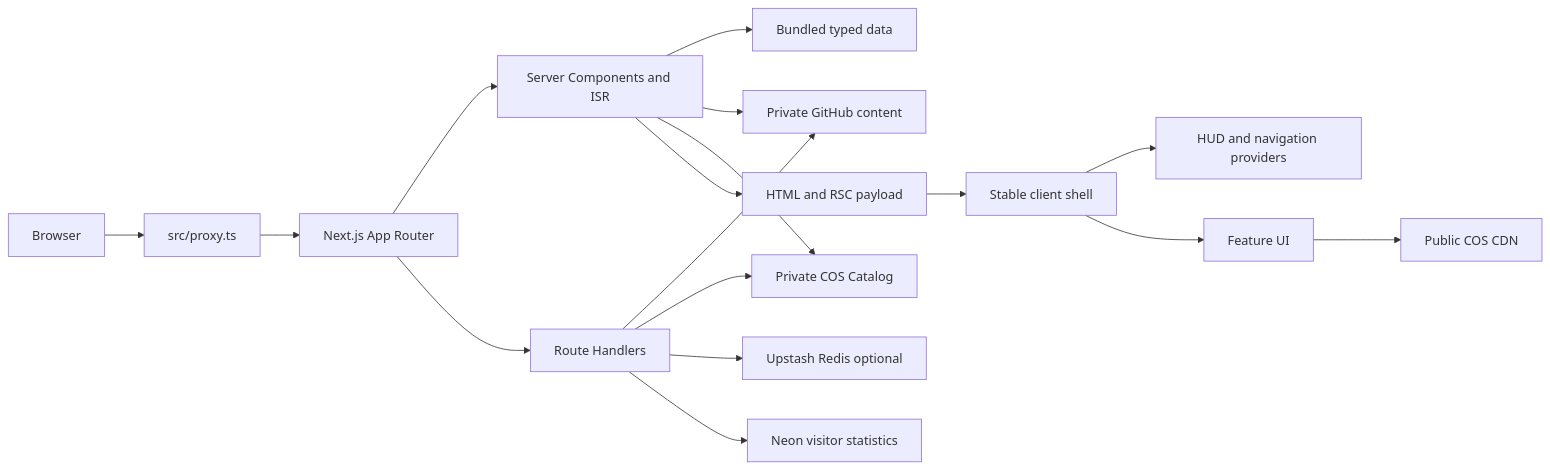
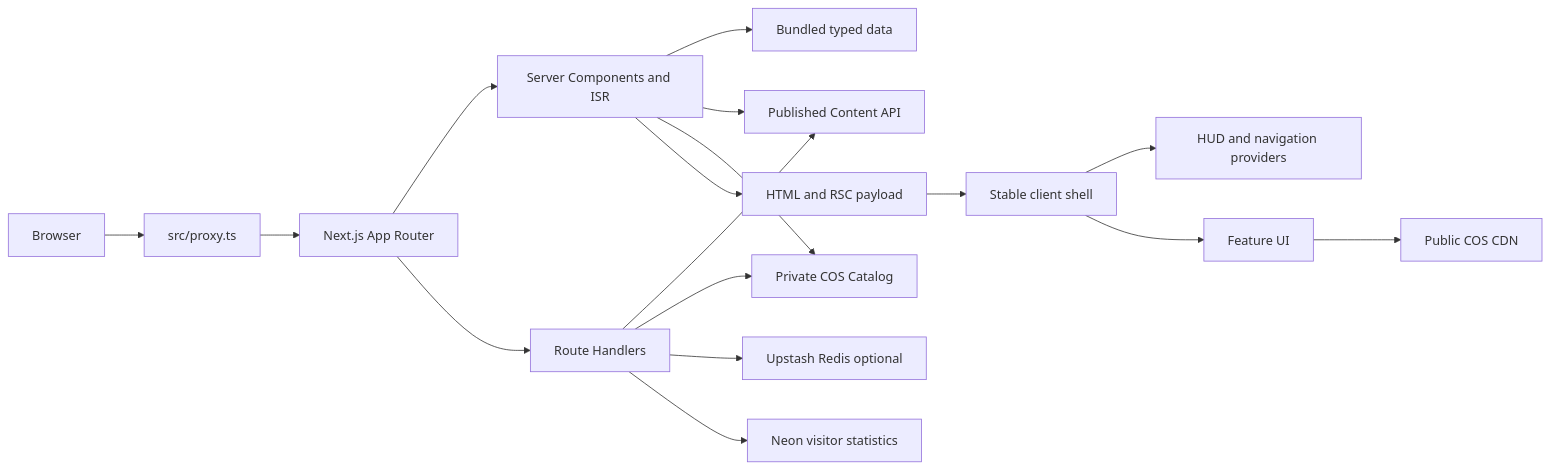
One commit to Arsvine-Devs/realm changed the diagram in docs/human/ARCHITECTURE.md. Above: the diagram before and after it, drawn with Mermaid. The commit also changed other lines of this file and 4 other files, not shown here.

````diff
--- a/docs/human/ARCHITECTURE.md
+++ b/docs/human/ARCHITECTURE.md
@@ -21,19 +21,19 @@
 ```mermaid
 flowchart LR
   U[Browser] --> PX[src/proxy.ts]
   PX --> APP[Next.js App Router]
   APP --> SC[Server Components and ISR]
   APP --> API[Route Handlers]
   SC --> DATA[Bundled typed data]
-  SC --> GH[Private GitHub content]
+  SC --> CONTENT[Published Content API]
   SC --> CAT[Private COS Catalog]
-  API --> GH
+  API --> CONTENT
   API --> CAT
   API --> REDIS[Upstash Redis optional]
   API --> NEON[Neon visitor statistics]
   SC --> HTML[HTML and RSC payload]
   HTML --> SHELL[Stable client shell]
   SHELL --> HUD[HUD and navigation providers]
   SHELL --> FEATURES[Feature UI]
   FEATURES --> CDN[Public COS CDN]
 ```
````
